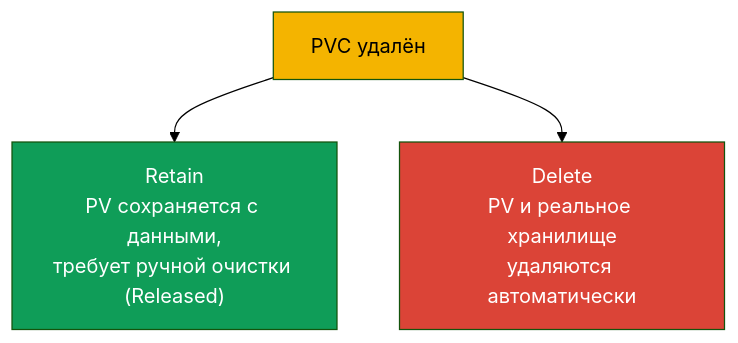
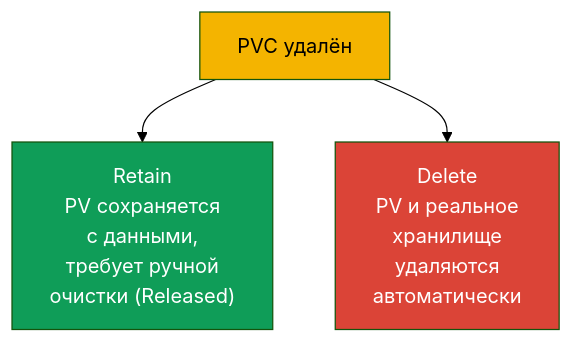
One commit to ViktorUJ/cks changed the fifth of 5 diagrams in tasks/cka/course/25/ru.md. Above: the diagram before and after it, drawn with Mermaid (forest theme). The commit also changed other lines of this file and 30 other files, not shown here.

````diff
--- a/tasks/cka/course/25/ru.md
+++ b/tasks/cka/course/25/ru.md
@@ -170,9 +165,9 @@
 ```mermaid
 flowchart TB
     del["PVC удалён"]
-    del --> retain["Retain<br>PV сохраняется с данными,<br>требует ручной очистки (Released)"]
-    del --> delete["Delete<br>PV и реальное хранилище<br>удаляются автоматически"]
+    del --> retain["Retain<br>PV сохраняется<br>с данными,<br>требует ручной<br>очистки (Released)"]
+    del --> delete["Delete<br>PV и реальное<br>хранилище<br>удаляются<br>автоматически"]
     style del fill:#f4b400,color:#000
     style retain fill:#0f9d58,color:#fff
     style delete fill:#db4437,color:#fff
 ```
````
